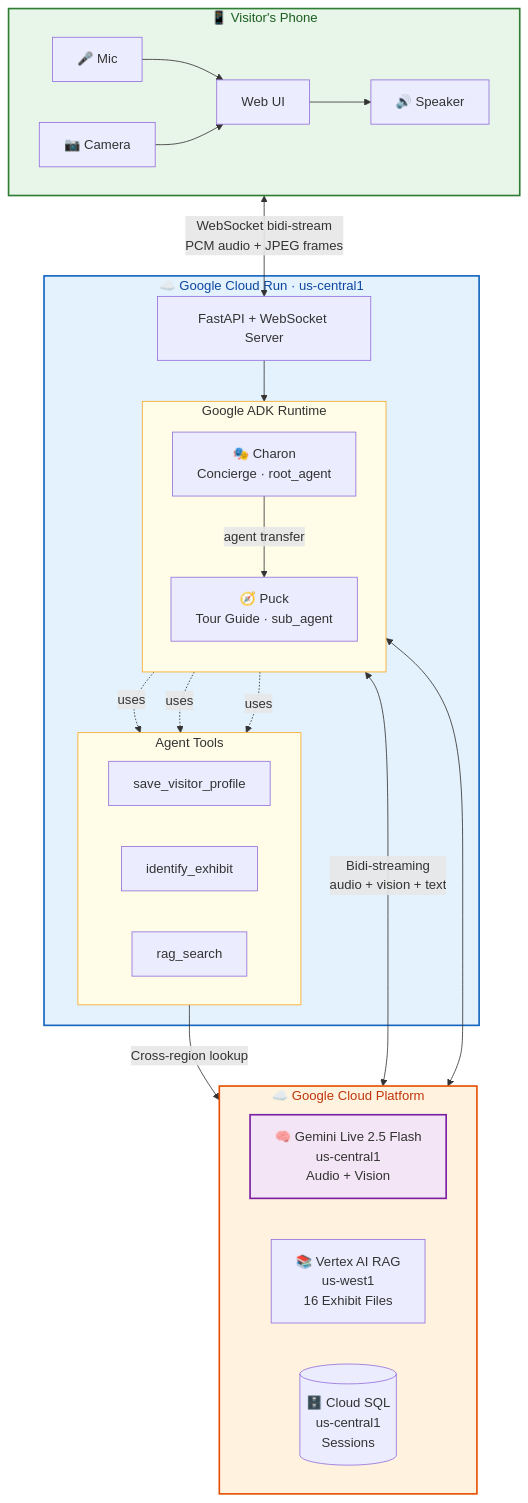
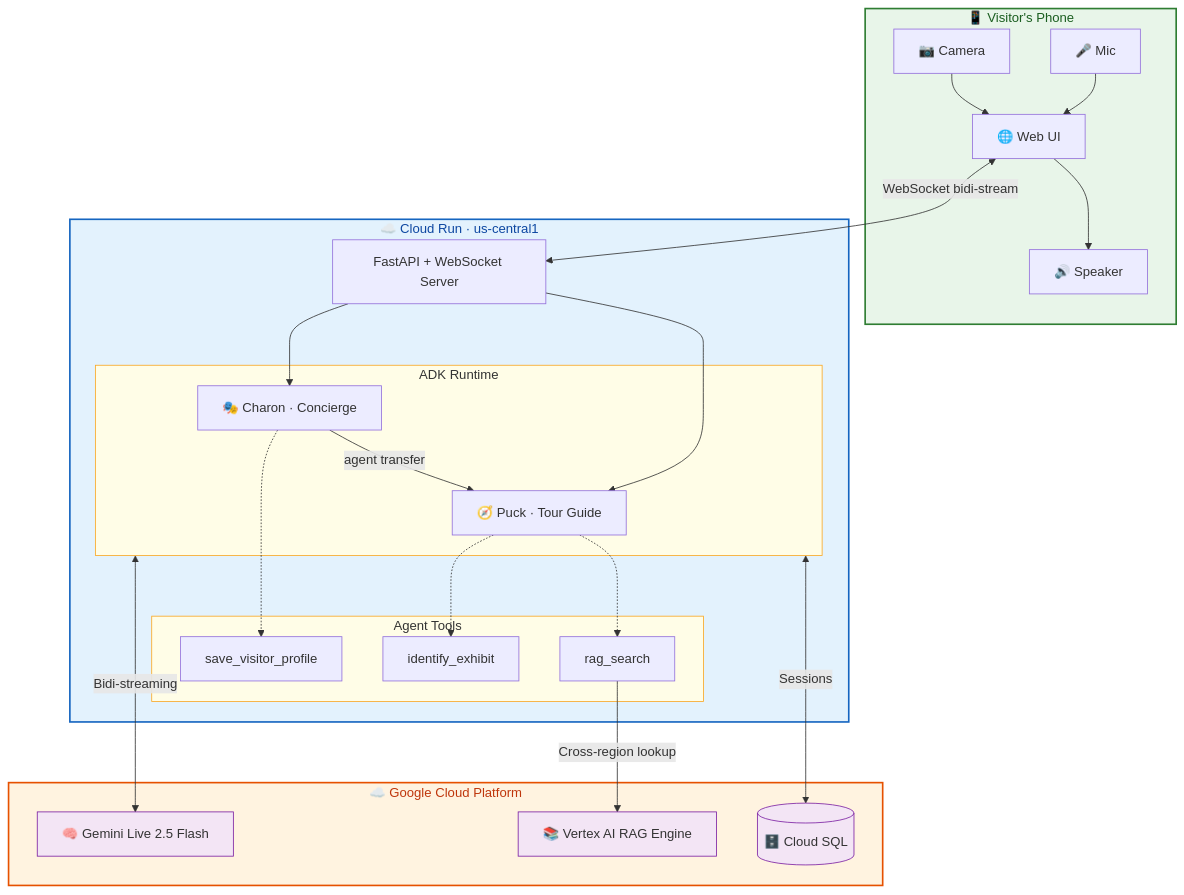
One commit to casspapa/MyPocketGuide changed the first of 2 diagrams in README.md. Above: the diagram before and after it, drawn with Mermaid. The commit also changed other lines of this file, not shown here.

Commit message:
readme-file-update-arch-diagram

````diff
--- a/README.md
+++ b/README.md
@@ -62,47 +65,51 @@
 ```mermaid
 flowchart TD
     subgraph VISITOR["📱 Visitor's Phone"]
-        direction LR
-        MIC["🎤 Mic"] --> UI["Web UI"]
+        MIC["🎤 Mic"] --> UI["🌐 Web UI"]
         CAM["📷 Camera"] --> UI
         UI --> SPEAKER["🔊 Speaker"]
     end
 
-    subgraph GCR["☁️ Google Cloud Run · us-central1"]
+    UI <-->|"WebSocket bidi-stream"| FASTAPI
+
+    subgraph GCR["☁️ Cloud Run · us-central1"]
         FASTAPI["FastAPI + WebSocket Server"]
-        subgraph ADK["Google ADK Runtime"]
-            direction TB
-            CONCIERGE["🎭 Charon\nConcierge · root_agent"]
-            CONCIERGE -->|"agent transfer"| TOURGUIDE["🧭 Puck\nTour Guide · sub_agent"]
+
+        FASTAPI --> CONCIERGE
+        FASTAPI --> TOURGUIDE
+
+        subgraph ADK["ADK Runtime"]
+            CONCIERGE["🎭 Charon · Concierge"]
+            CONCIERGE -->|"agent transfer"| TOURGUIDE["🧭 Puck · Tour Guide"]
         end
+
         subgraph TOOLS["Agent Tools"]
-            direction LR
             PROFILE["save_visitor_profile"]
             IDENTIFY["identify_exhibit"]
             RAGTOOL["rag_search"]
         end
-        FASTAPI --> ADK
-        CONCIERGE -.->|uses| PROFILE
-        TOURGUIDE -.->|uses| IDENTIFY
-        TOURGUIDE -.->|uses| RAGTOOL
+
+        CONCIERGE -.-> PROFILE
+        TOURGUIDE -.-> IDENTIFY
+        TOURGUIDE -.-> RAGTOOL
     end
 
+    ADK <-->|"Bidi-streaming"| GEMINI
+    RAGTOOL -->|"Cross-region lookup"| RAG
+    ADK <-->|"Sessions"| CLOUDSQL
+
     subgraph GCP["☁️ Google Cloud Platform"]
-        direction LR
-        GEMINI["🧠 Gemini Live 2.5 Flash\nus-central1\nAudio + Vision"]
-        RAG["📚 Vertex AI RAG\nus-west1\n16 Exhibit Files"]
-        CLOUDSQL[("🗄️ Cloud SQL\nus-central1\nSessions")]
+        GEMINI["🧠 Gemini Live 2.5 Flash"]
+        RAG["📚 Vertex AI RAG Engine"]
+        CLOUDSQL[("🗄️ Cloud SQL")]
     end
-
-    UI <-->|"WebSocket bidi-stream\nPCM audio + JPEG frames"| FASTAPI
-    ADK <-->|"Bidi-streaming\naudio + vision + text"| GEMINI
-    RAGTOOL -->|"Cross-region lookup"| RAG
-    ADK <--> CLOUDSQL
 
     style VISITOR fill:#E8F5E9,stroke:#2E7D32,stroke-width:2px,color:#1B5E20
     style GCR fill:#E3F2FD,stroke:#1565C0,stroke-width:2px,color:#0D47A1
     style GCP fill:#FFF3E0,stroke:#E65100,stroke-width:2px,color:#BF360C
     style ADK fill:#FFFDE7,stroke:#F9A825,stroke-width:1px
     style TOOLS fill:#FFFDE7,stroke:#F9A825,stroke-width:1px
-    style GEMINI fill:#F3E5F5,stroke:#7B1FA2,stroke-width:2px
+    style GEMINI fill:#F3E5F5,stroke:#7B1FA2,stroke-width:1px
+    style RAG fill:#F3E5F5,stroke:#7B1FA2,stroke-width:1px
+    style CLOUDSQL fill:#F3E5F5,stroke:#7B1FA2,stroke-width:1px
 ```
````
